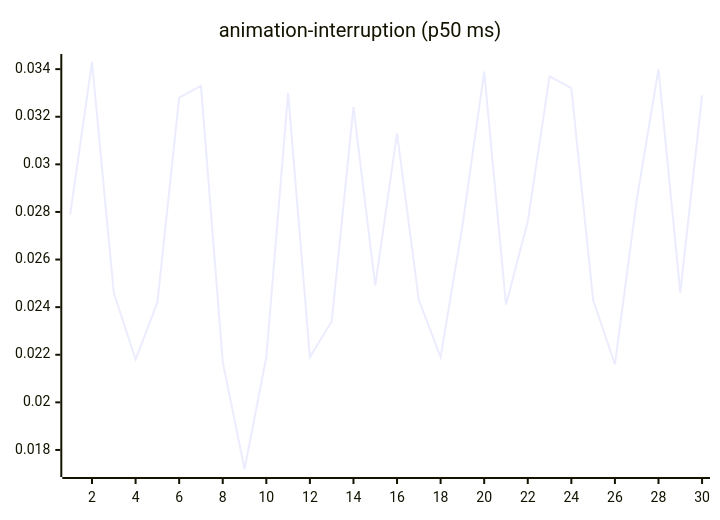
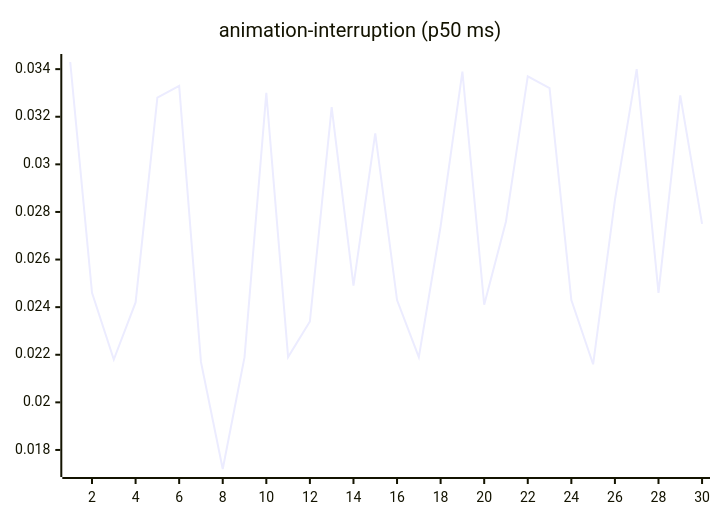
One commit to josha/Facet changed the third of 27 diagrams in README.md. Above: the diagram before and after it, drawn with Mermaid. The commit also changed other lines of this file and 2 other files, not shown here.

````diff
--- a/README.md
+++ b/README.md
@@ -77,6 +77,6 @@
 ```mermaid
 xychart-beta
     title "animation-interruption (p50 ms)"
     x-axis 1 --> 30
-    line [0.0279, 0.0343, 0.0246, 0.0218, 0.0242, 0.0328, 0.0333, 0.0217, 0.0172, 0.0219, 0.0330, 0.0219, 0.0234, 0.0324, 0.0249, 0.0313, 0.0243, 0.0219, 0.0274, 0.0339, 0.0241, 0.0276, 0.0337, 0.0332, 0.0243, 0.0216, 0.0285, 0.0340, 0.0246, 0.0329]
+    line [0.0343, 0.0246, 0.0218, 0.0242, 0.0328, 0.0333, 0.0217, 0.0172, 0.0219, 0.0330, 0.0219, 0.0234, 0.0324, 0.0249, 0.0313, 0.0243, 0.0219, 0.0274, 0.0339, 0.0241, 0.0276, 0.0337, 0.0332, 0.0243, 0.0216, 0.0285, 0.0340, 0.0246, 0.0329, 0.0275]
 ```
````
